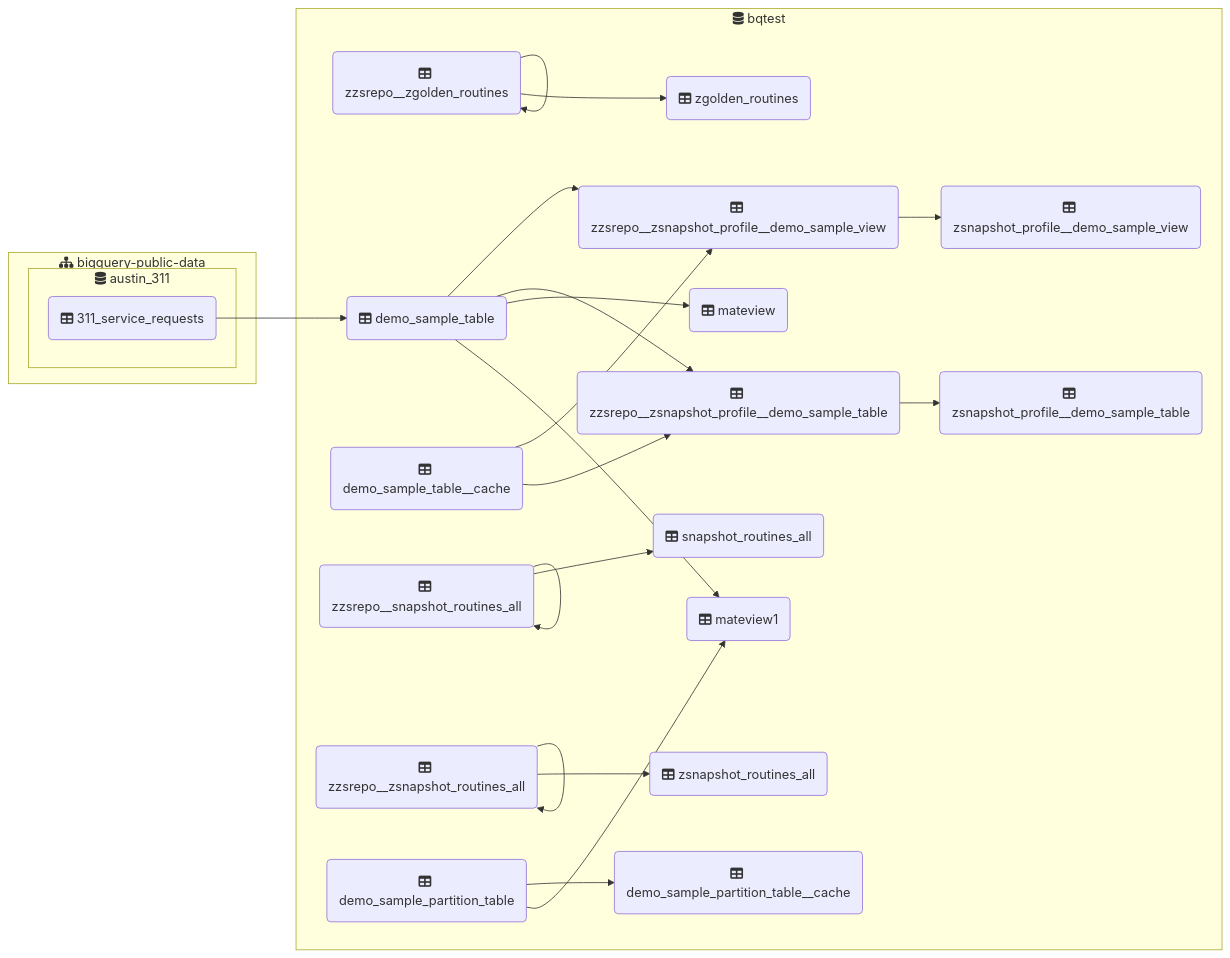
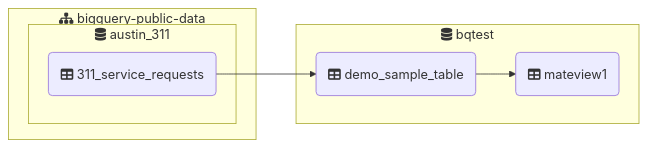
One commit to takegue/bqmake changed the diagram in bigquery/@default/bqtest/README.md. Above: the diagram before and after it, drawn with Mermaid. The commit also changed other lines of this file and 3 other files, not shown here.

````diff
--- a/bigquery/@default/bqtest/README.md
+++ b/bigquery/@default/bqtest/README.md
@@ -76,43 +77,14 @@
 ```mermaid
 graph LR
 subgraph "fa:fa-sitemap bigquery-public-data"
 subgraph "fa:fa-database austin_311"
 	CNg3(fa:fa-table 311_service_requests)
 end
 end
 subgraph "fa:fa-database bqtest"
-	/VpU(fa:fa-table zzsrepo__zgolden_routines)
 	1+1w(fa:fa-table demo_sample_table)
-	2KhS(fa:fa-table zzsrepo__zsnapshot_profile__demo_sample_view)
-	7hM4(fa:fa-table demo_sample_table__cache)
-	Gtda(fa:fa-table zsnapshot_profile__demo_sample_table)
-	PnMI(fa:fa-table zzsrepo__zsnapshot_profile__demo_sample_table)
-	Rybc(fa:fa-table zzsrepo__snapshot_routines_all)
-	TIeN(fa:fa-table zsnapshot_profile__demo_sample_view)
-	YtHn(fa:fa-table zzsrepo__zsnapshot_routines_all)
-	Z+1n(fa:fa-table demo_sample_partition_table)
-	e0BA(fa:fa-table snapshot_routines_all)
-	fFLB(fa:fa-table zsnapshot_routines_all)
-	jknI(fa:fa-table demo_sample_partition_table__cache)
-	qQZt(fa:fa-table mateview)
-	qhIW(fa:fa-table zgolden_routines)
 	qt1O(fa:fa-table mateview1)
 end
-/VpU --> /VpU
-/VpU --> qhIW
-1+1w --> 2KhS
-1+1w --> PnMI
-1+1w --> qQZt
 1+1w --> qt1O
-2KhS --> TIeN
-7hM4 --> 2KhS
-7hM4 --> PnMI
 CNg3 --> 1+1w
-PnMI --> Gtda
-Rybc --> Rybc
-Rybc --> e0BA
-YtHn --> YtHn
-YtHn --> fFLB
-Z+1n --> jknI
-Z+1n --> qt1O
 ```
````
